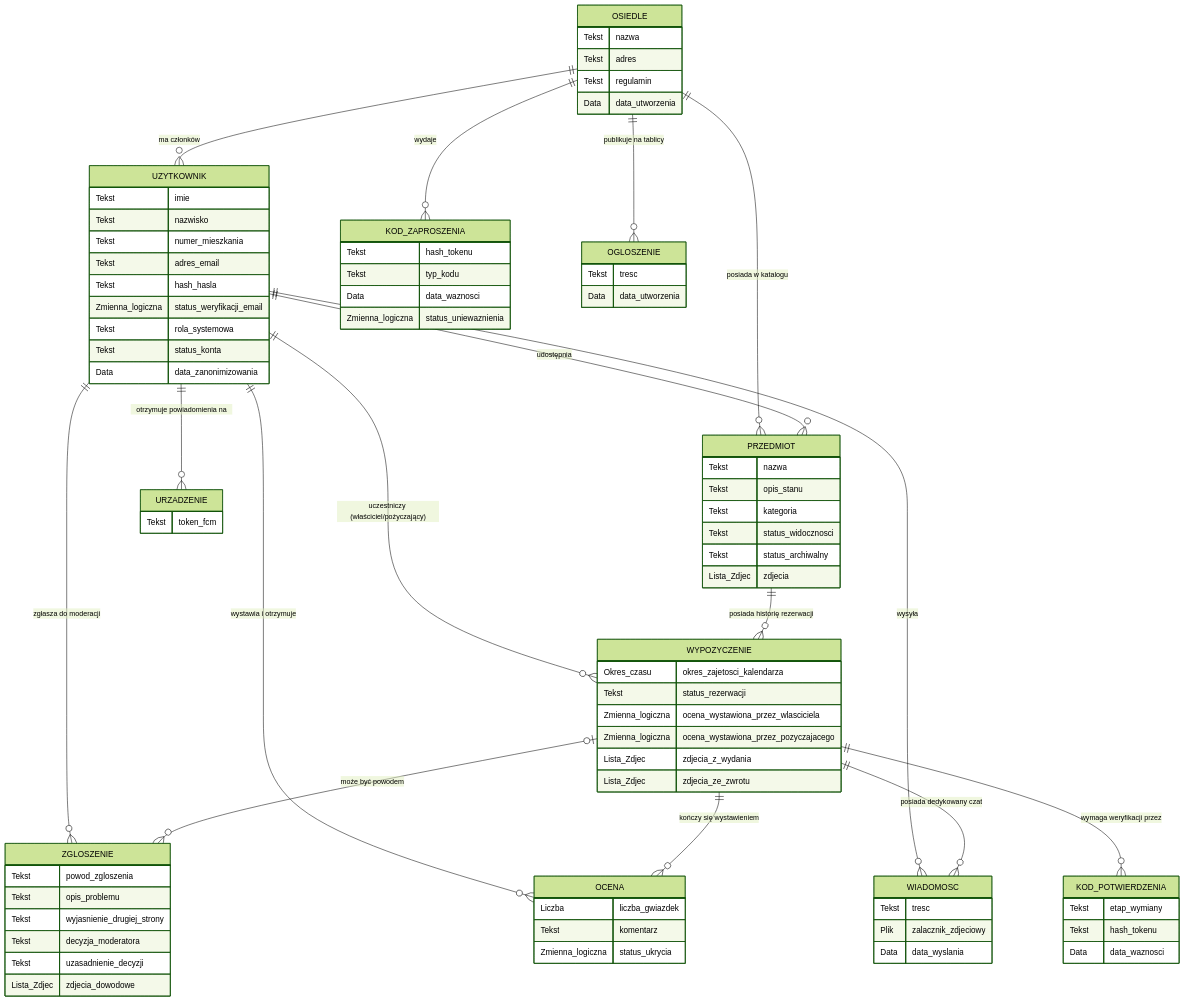
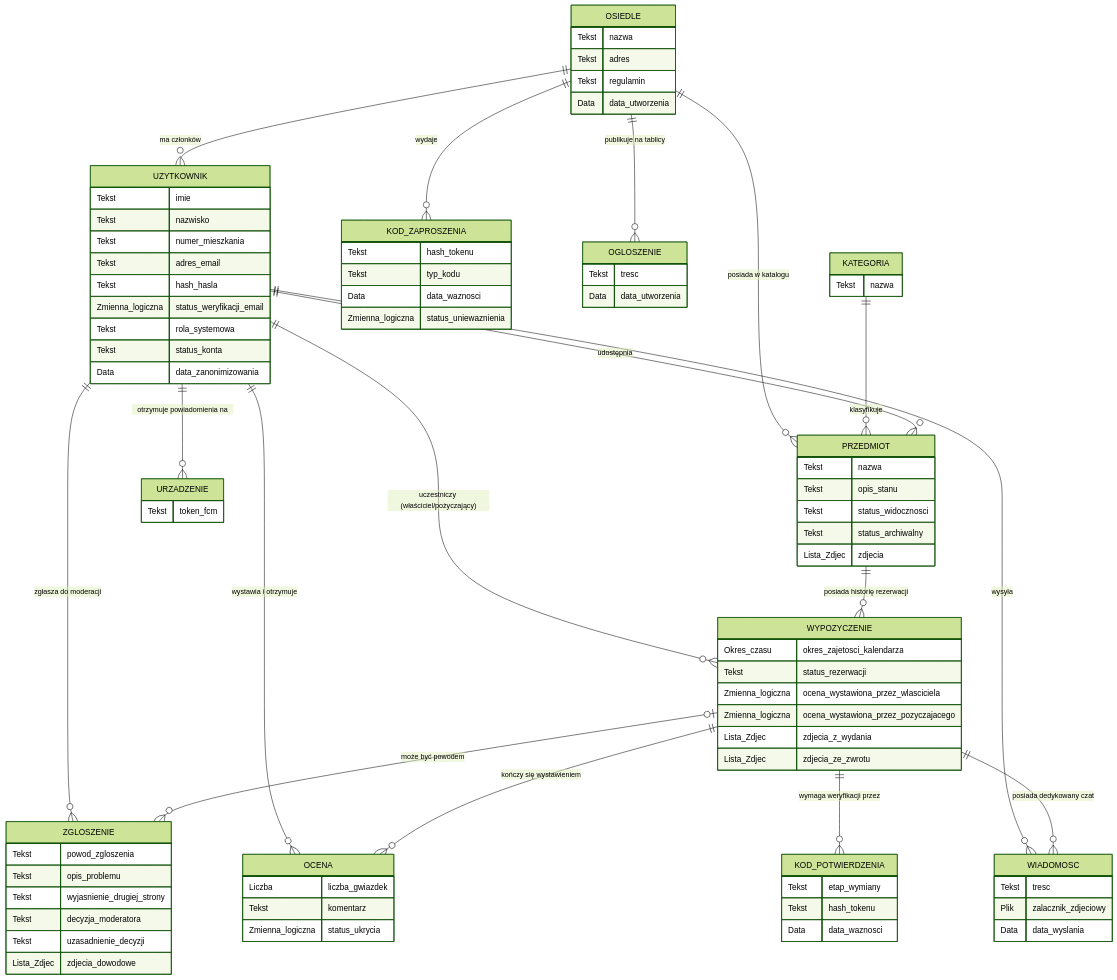
One commit to TheBozzt/neighborhood-sharing-app changed the first of 2 diagrams in database.md. Above: the diagram before and after it, drawn with Mermaid (forest theme). The commit also changed other lines of this file, not shown here.

Commit message:
added category table to database schema

```diff
--- a/database.md
+++ b/database.md
@@ -11,6 +11,7 @@
     OSIEDLE ||--o{ KOD_ZAPROSZENIA : "wydaje"
     OSIEDLE ||--o{ PRZEDMIOT : "posiada w katalogu"
     OSIEDLE ||--o{ OGLOSZENIE : "publikuje na tablicy"
+    KATEGORIA ||--o{ PRZEDMIOT : "klasyfikuje"
     UZYTKOWNIK ||--o{ PRZEDMIOT : "udostępnia"
     UZYTKOWNIK ||--o{ WYPOZYCZENIE : "uczestniczy (właściciel/pożyczający)"
     UZYTKOWNIK ||--o{ URZADZENIE : "otrzymuje powiadomienia na"
@@ -49,10 +50,12 @@
     URZADZENIE {
         Tekst token_fcm
     }
+    KATEGORIA {
+        Tekst nazwa
+    }
     PRZEDMIOT {
         Tekst nazwa
         Tekst opis_stanu
-        Tekst kategoria
         Tekst status_widocznosci
         Tekst status_archiwalny
         Lista_Zdjec zdjecia
```
